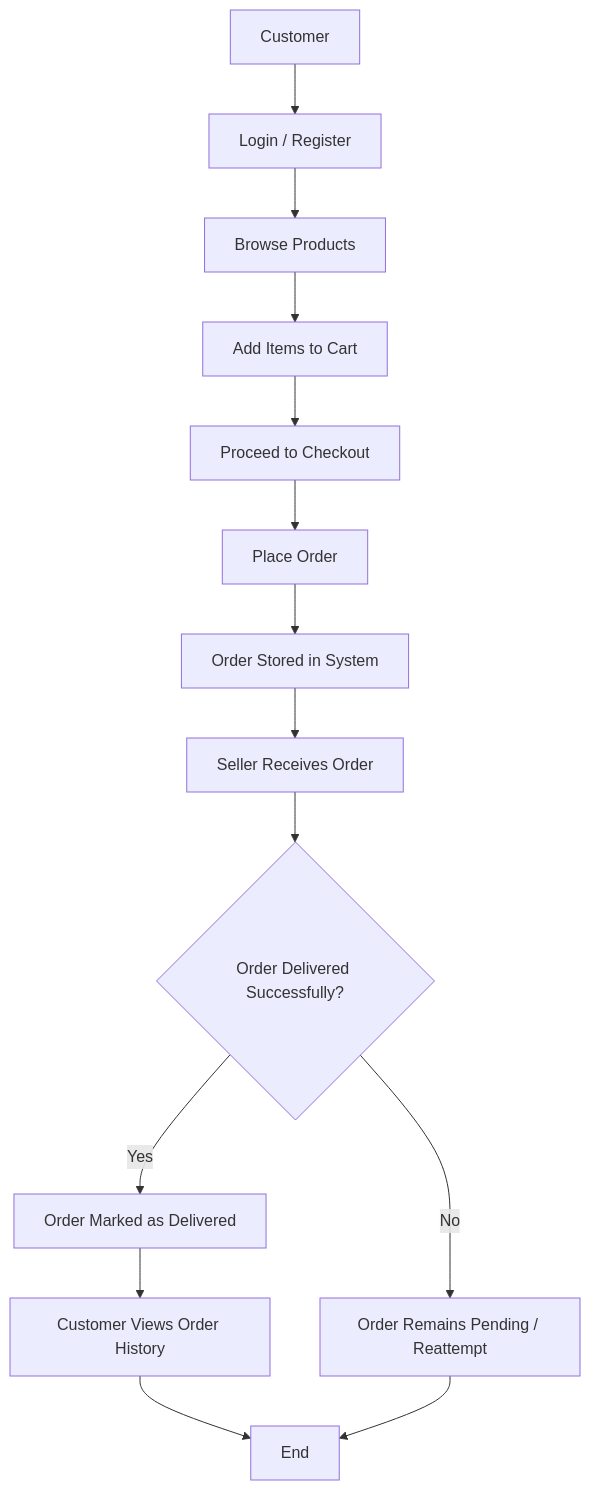
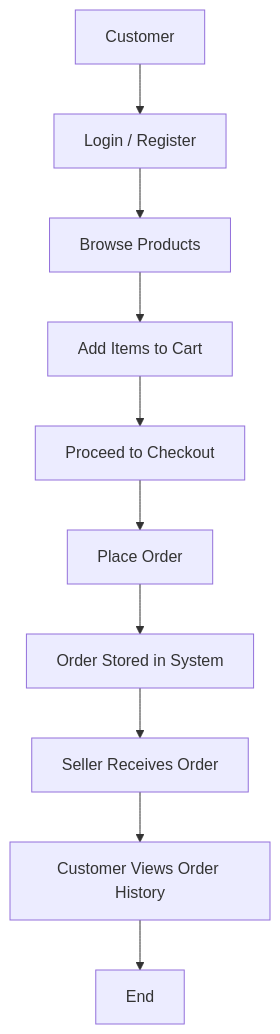
The diagram in docs/functional.md (lovish-ab/grocery_delivery_docs), drawn with Mermaid before and after one commit. The commit also changed other lines of this file and 8 other files, not shown here.

Commit message:
update the cloud architecture

````diff
--- a/docs/functional.md
+++ b/docs/functional.md
@@ -97,16 +95,12 @@
 ```mermaid
 flowchart TD
     A[Customer] --> B[Login / Register]
     B --> C[Browse Products]
     C --> D[Add Items to Cart]
     D --> E[Proceed to Checkout]
     E --> F[Place Order]
     F --> G[Order Stored in System]
     G --> H[Seller Receives Order]
-    H --> J{Order Delivered Successfully?}
-    J -->|Yes| K[Order Marked as Delivered]
-    J -->|No| L[Order Remains Pending / Reattempt]
-    K --> M[Customer Views Order History]
+    H --> M[Customer Views Order History]
     M --> N[End]
-    L --> N
 ```
````
